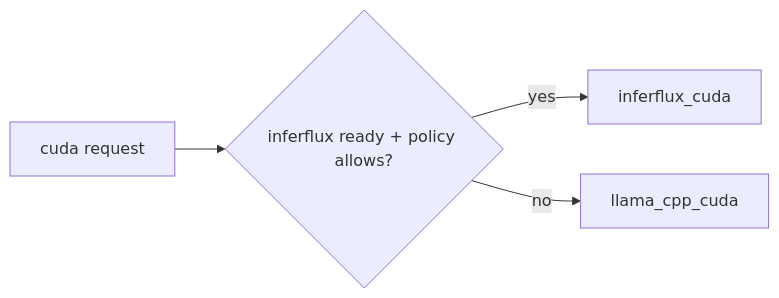
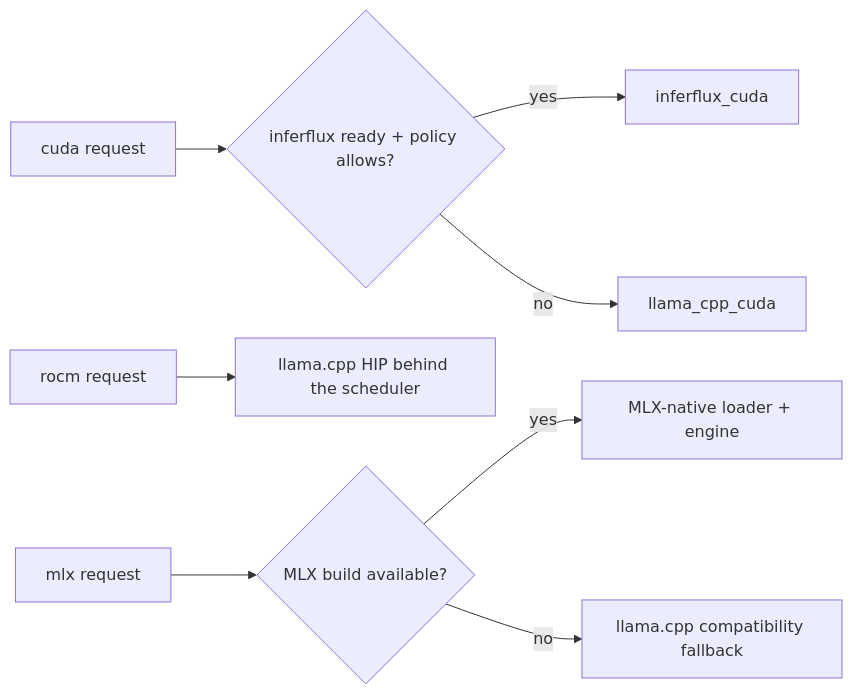
The third of 3 diagrams in docs/Architecture.md (anvai-labs/inferflux), drawn with Mermaid before and after one commit. The commit also changed other lines of this file and 71 other files, not shown here.

````diff
--- a/docs/Architecture.md
+++ b/docs/Architecture.md
@@ -95,6 +95,10 @@
 ```mermaid
 flowchart LR
     A[cuda request] --> B{inferflux ready + policy allows?}
     B -->|yes| C[inferflux_cuda]
     B -->|no| D[llama_cpp_cuda]
+    E[rocm request] --> F[llama.cpp HIP behind the scheduler]
+    G[mlx request] --> H{MLX build available?}
+    H -->|yes| I[MLX-native loader + engine]
+    H -->|no| J[llama.cpp compatibility fallback]
 ```
````
